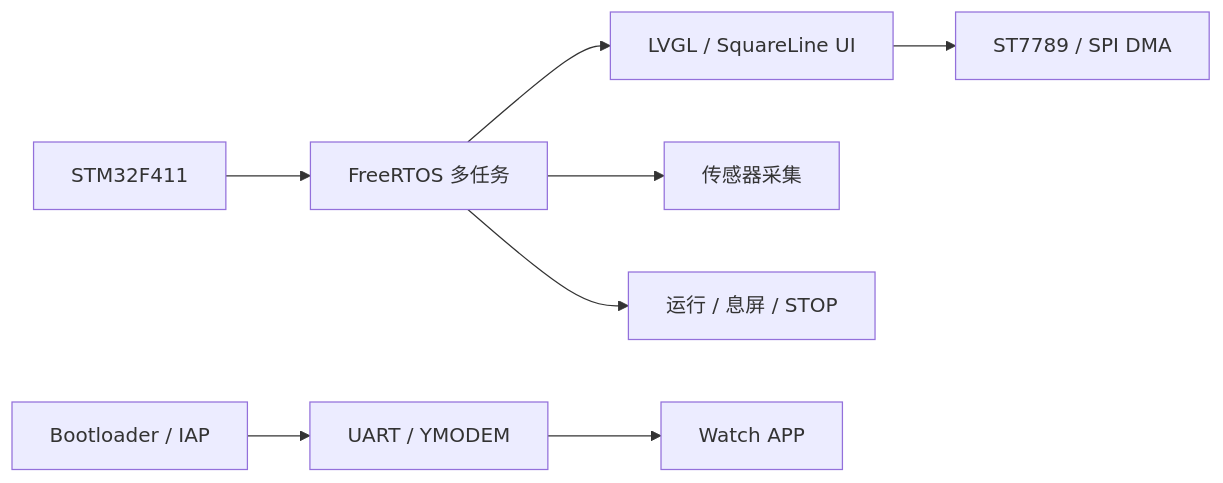
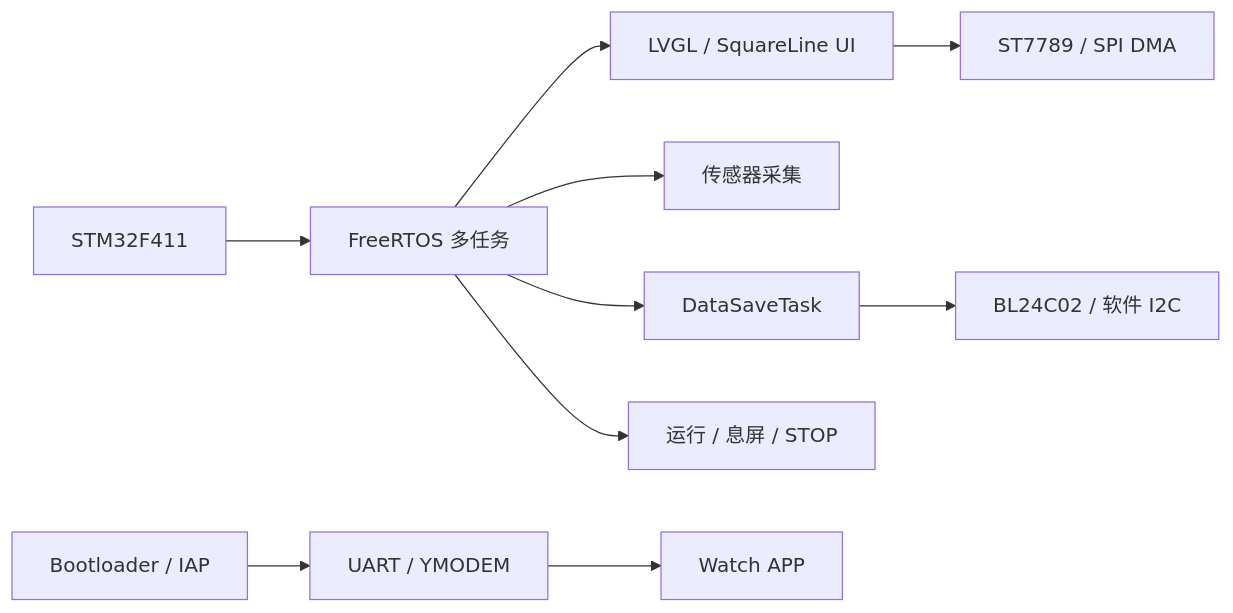
One commit to duli07556-sudo/low-power-smartwatch changed the first of 2 diagrams in README.md. Above: the diagram before and after it, drawn with Mermaid. The commit also changed other lines of this file and 8 other files, not shown here.

````diff
--- a/README.md
+++ b/README.md
@@ -23,10 +23,12 @@
 ```mermaid
 flowchart LR
     MCU[STM32F411] --> RTOS[FreeRTOS 多任务]
     RTOS --> GUI[LVGL / SquareLine UI]
     RTOS --> Sensor[传感器采集]
+    RTOS --> Save[DataSaveTask]
     RTOS --> Power[运行 / 息屏 / STOP]
     GUI --> LCD[ST7789 / SPI DMA]
+    Save --> EEPROM[BL24C02 / 软件 I2C]
     Boot[Bootloader / IAP] --> YMODEM[UART / YMODEM]
     YMODEM --> APP[Watch APP]
 ```
````
